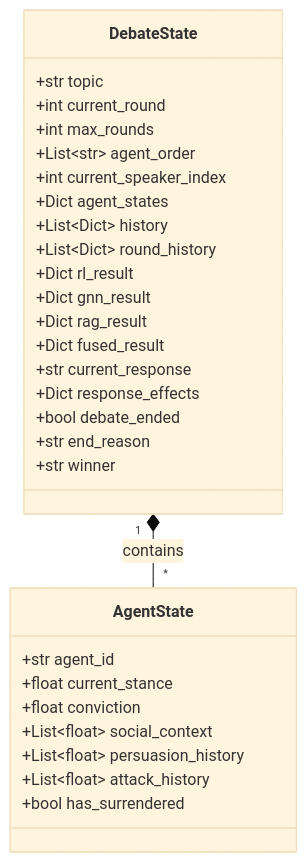
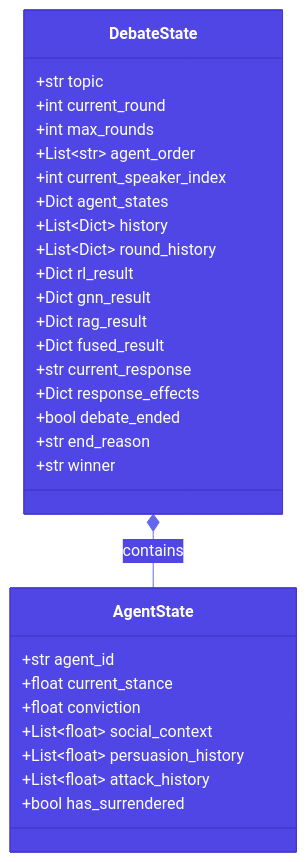
One commit to AluminumShark/Social-Debate-AI changed the second of 4 diagrams in docs/architecture/LANGGRAPH.md. Above: the diagram before and after it, drawn with Mermaid. The commit also changed other lines of this file and 5 other files, not shown here.

Commit message:
style(docs): apply consistent bright Mermaid theme to all documentation diagrams

````diff
--- a/docs/architecture/LANGGRAPH.md
+++ b/docs/architecture/LANGGRAPH.md
@@ -70,35 +71,35 @@
 ```mermaid
-%%{init: {'theme': 'base'}}%%
+%%{init: {'theme': 'base', 'themeVariables': { 'primaryColor': '#4f46e5', 'primaryTextColor': '#fff', 'primaryBorderColor': '#4338ca', 'lineColor': '#6366f1', 'secondaryColor': '#10b981', 'tertiaryColor': '#f59e0b'}}}%%
 classDiagram
     class DebateState {
         +str topic
         +int current_round
         +int max_rounds
         +List~str~ agent_order
         +int current_speaker_index
         +Dict agent_states
         +List~Dict~ history
         +List~Dict~ round_history
         +Dict rl_result
         +Dict gnn_result
         +Dict rag_result
         +Dict fused_result
         +str current_response
         +Dict response_effects
         +bool debate_ended
         +str end_reason
         +str winner
     }
 
     class AgentState {
         +str agent_id
         +float current_stance
         +float conviction
         +List~float~ social_context
         +List~float~ persuasion_history
         +List~float~ attack_history
         +bool has_surrendered
     }
 
     DebateState "1" *-- "*" AgentState : contains
 ```
````
